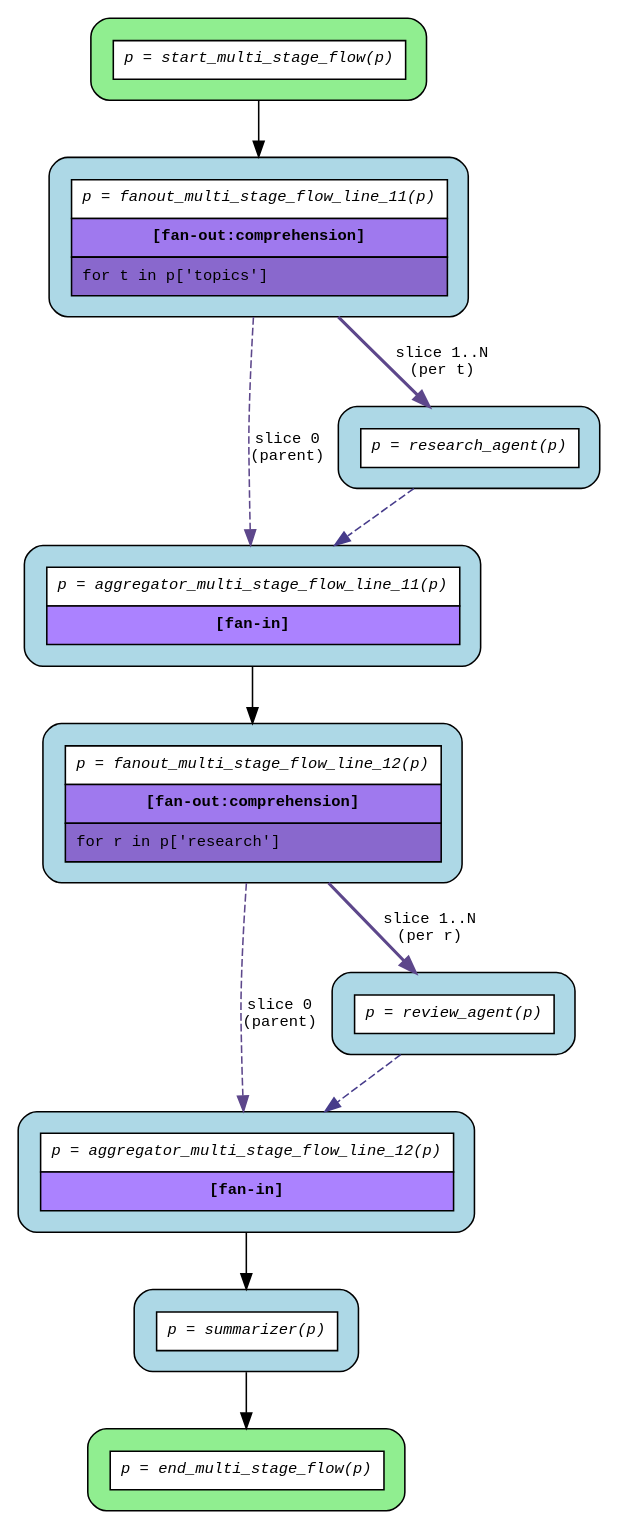
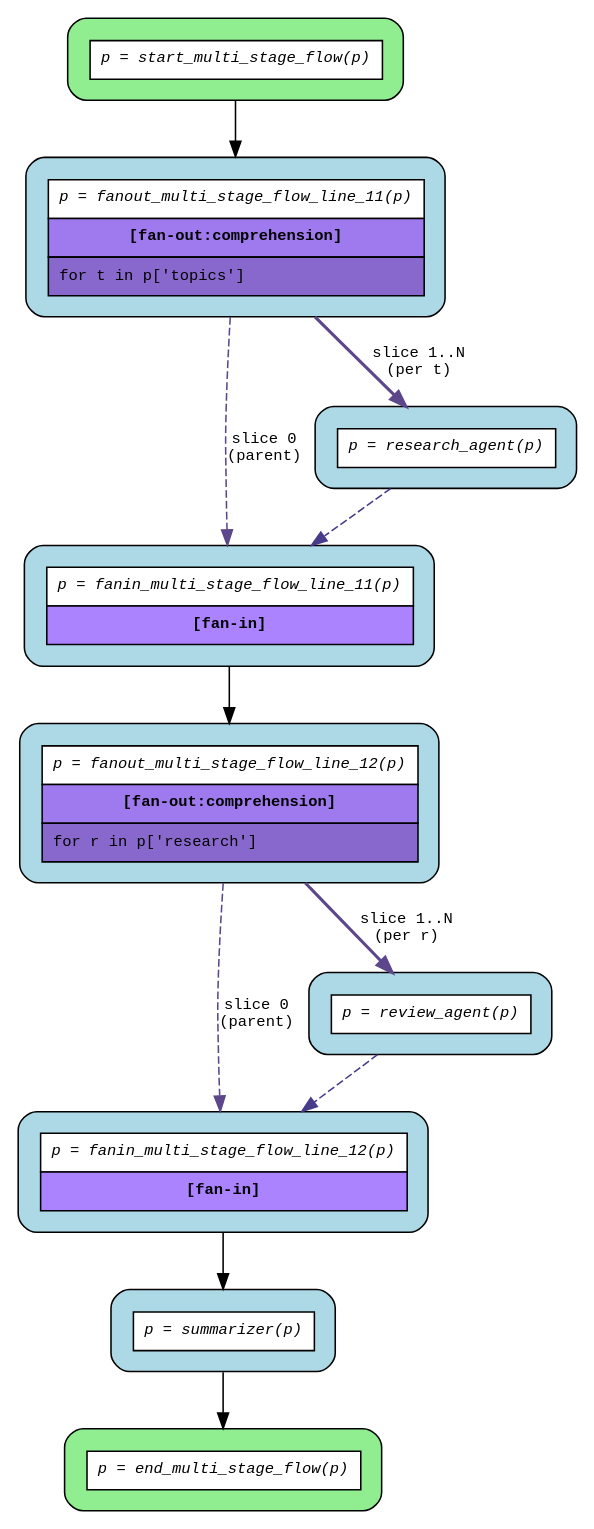
Before and after one commit to deliveryhero/asya: the diagram in examples/flows/compiled/fanout_sequential/flow.dot, drawn with Graphviz. The commit also changed 19 other files, not shown here.

First line of the commit message:
Rename fan-out generated actor from aggregator to fanin

```diff
--- a/examples/flows/compiled/fanout_sequential/flow.dot
+++ b/examples/flows/compiled/fanout_sequential/flow.dot
@@ -1,27 +1,27 @@
 digraph flow {
   rankdir=TB;
   graph [fontname="Courier", fontsize=10];
   node [fontname="Courier", fontsize=10, shape=box, style="filled,rounded", margin="0.2"];
   edge [fontname="Courier", fontsize=10];
 
   start_multi_stage_flow [fillcolor="lightgreen", label=<<table border="0" cellspacing="0" cellpadding="6" cellborder="1"><tr><td bgcolor="white" align="center"><i>p = start_multi_stage_flow(p)</i></td></tr></table>>];
   fanout_multi_stage_flow_line_12 [fillcolor="lightblue", label=<<table border="0" cellspacing="0" cellpadding="6" cellborder="1"><tr><td bgcolor="white" align="center"><i>p = fanout_multi_stage_flow_line_12(p)</i></td></tr><tr><td bgcolor="mediumpurple2" align="center"><b>[fan-out:comprehension]</b></td></tr><tr><td bgcolor="mediumpurple3" align="left">for r in p['research']</td></tr></table>>];
   fanout_multi_stage_flow_line_11 [fillcolor="lightblue", label=<<table border="0" cellspacing="0" cellpadding="6" cellborder="1"><tr><td bgcolor="white" align="center"><i>p = fanout_multi_stage_flow_line_11(p)</i></td></tr><tr><td bgcolor="mediumpurple2" align="center"><b>[fan-out:comprehension]</b></td></tr><tr><td bgcolor="mediumpurple3" align="left">for t in p['topics']</td></tr></table>>];
   end_multi_stage_flow [fillcolor="lightgreen", label=<<table border="0" cellspacing="0" cellpadding="6" cellborder="1"><tr><td bgcolor="white" align="center"><i>p = end_multi_stage_flow(p)</i></td></tr></table>>];
-  aggregator_multi_stage_flow_line_11 [fillcolor="lightblue", label=<<table border="0" cellspacing="0" cellpadding="6" cellborder="1"><tr><td bgcolor="white" align="center"><i>p = aggregator_multi_stage_flow_line_11(p)</i></td></tr><tr><td bgcolor="mediumpurple1" align="center"><b>[fan-in]</b></td></tr></table>>];
-  aggregator_multi_stage_flow_line_12 [fillcolor="lightblue", label=<<table border="0" cellspacing="0" cellpadding="6" cellborder="1"><tr><td bgcolor="white" align="center"><i>p = aggregator_multi_stage_flow_line_12(p)</i></td></tr><tr><td bgcolor="mediumpurple1" align="center"><b>[fan-in]</b></td></tr></table>>];
+  fanin_multi_stage_flow_line_11 [fillcolor="lightblue", label=<<table border="0" cellspacing="0" cellpadding="6" cellborder="1"><tr><td bgcolor="white" align="center"><i>p = fanin_multi_stage_flow_line_11(p)</i></td></tr><tr><td bgcolor="mediumpurple1" align="center"><b>[fan-in]</b></td></tr></table>>];
+  fanin_multi_stage_flow_line_12 [fillcolor="lightblue", label=<<table border="0" cellspacing="0" cellpadding="6" cellborder="1"><tr><td bgcolor="white" align="center"><i>p = fanin_multi_stage_flow_line_12(p)</i></td></tr><tr><td bgcolor="mediumpurple1" align="center"><b>[fan-in]</b></td></tr></table>>];
   research_agent [fillcolor="lightblue", label=<<table border="0" cellspacing="0" cellpadding="6" cellborder="1"><tr><td bgcolor="white" align="center"><i>p = research_agent(p)</i></td></tr></table>>];
   review_agent [fillcolor="lightblue", label=<<table border="0" cellspacing="0" cellpadding="6" cellborder="1"><tr><td bgcolor="white" align="center"><i>p = review_agent(p)</i></td></tr></table>>];
   summarizer [fillcolor="lightblue", label=<<table border="0" cellspacing="0" cellpadding="6" cellborder="1"><tr><td bgcolor="white" align="center"><i>p = summarizer(p)</i></td></tr></table>>];
 
-  aggregator_multi_stage_flow_line_11 -> fanout_multi_stage_flow_line_12;
-  aggregator_multi_stage_flow_line_12 -> summarizer;
-  fanout_multi_stage_flow_line_11 -> aggregator_multi_stage_flow_line_11 [color=mediumpurple4, label="slice 0\n(parent)", style=dashed];
+  fanin_multi_stage_flow_line_11 -> fanout_multi_stage_flow_line_12;
+  fanin_multi_stage_flow_line_12 -> summarizer;
+  fanout_multi_stage_flow_line_11 -> fanin_multi_stage_flow_line_11 [color=mediumpurple4, label="slice 0\n(parent)", style=dashed];
   fanout_multi_stage_flow_line_11 -> research_agent [color=mediumpurple4, label="slice 1..N\n(per t)", style=bold];
-  fanout_multi_stage_flow_line_12 -> aggregator_multi_stage_flow_line_12 [color=mediumpurple4, label="slice 0\n(parent)", style=dashed];
+  fanout_multi_stage_flow_line_12 -> fanin_multi_stage_flow_line_12 [color=mediumpurple4, label="slice 0\n(parent)", style=dashed];
   fanout_multi_stage_flow_line_12 -> review_agent [color=mediumpurple4, label="slice 1..N\n(per r)", style=bold];
-  research_agent -> aggregator_multi_stage_flow_line_11 [color=slateblue4, style=dashed];
-  review_agent -> aggregator_multi_stage_flow_line_12 [color=slateblue4, style=dashed];
+  research_agent -> fanin_multi_stage_flow_line_11 [color=slateblue4, style=dashed];
+  review_agent -> fanin_multi_stage_flow_line_12 [color=slateblue4, style=dashed];
   start_multi_stage_flow -> fanout_multi_stage_flow_line_11;
   summarizer -> end_multi_stage_flow;
 }
```
